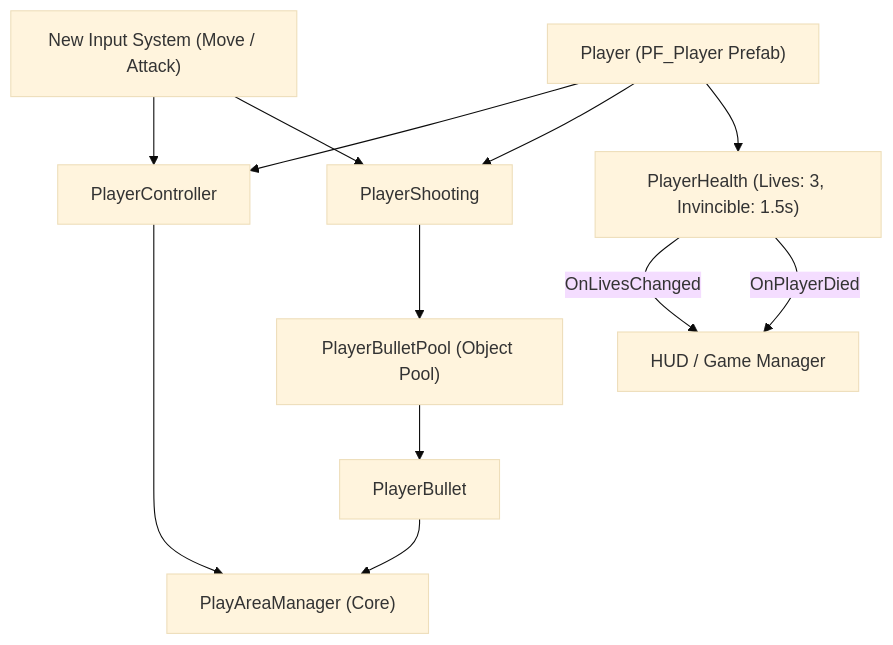
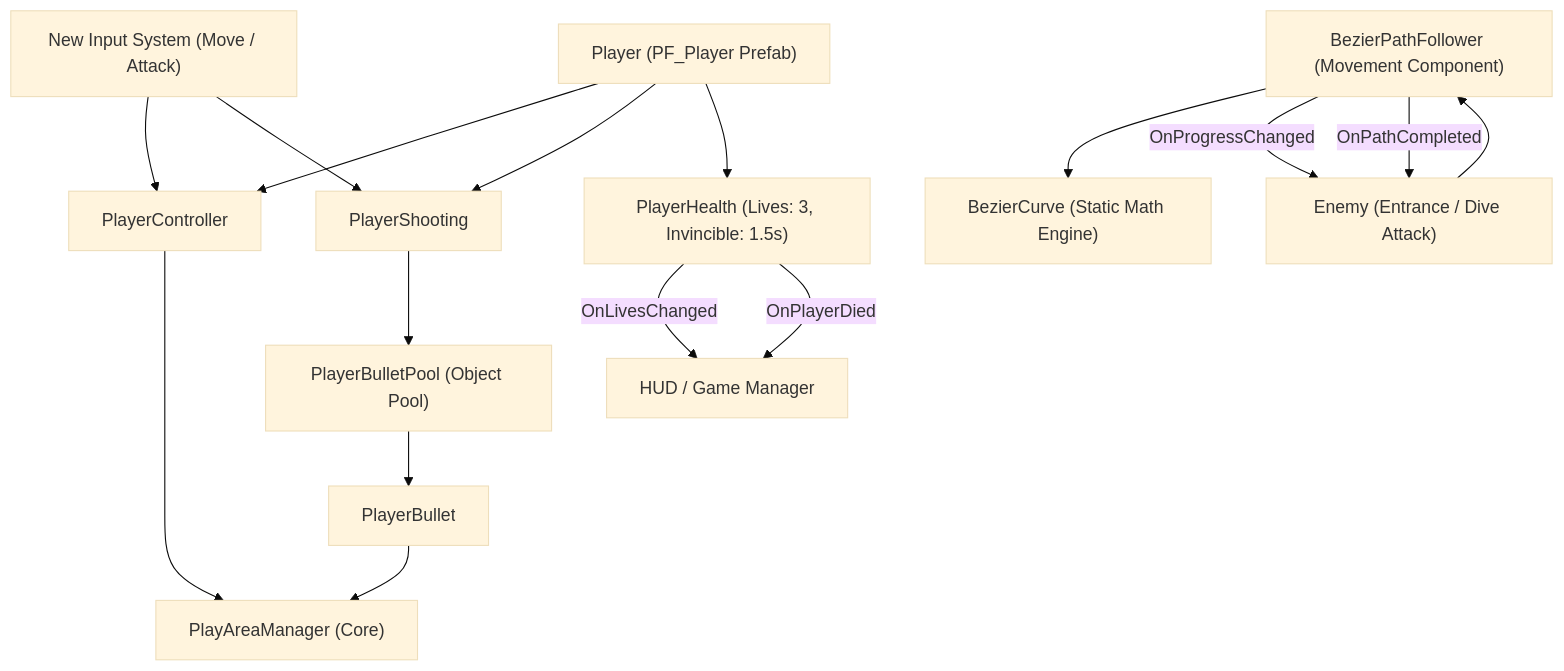
The diagram in docs/ARCHITECTURE.md (baewhv/Test_MCPv2), drawn with Mermaid (base theme) before and after one commit. The commit also changed other lines of this file and 15 other files, not shown here.

````diff
--- a/docs/ARCHITECTURE.md
+++ b/docs/ARCHITECTURE.md
@@ -57,26 +65,35 @@
 ```mermaid
 graph TD
     InputSystem["New Input System (Move / Attack)"]
     Player["Player (PF_Player Prefab)"]
     PlayerCtrl["PlayerController"]
     PlayerShoot["PlayerShooting"]
     PlayerHealth["PlayerHealth (Lives: 3, Invincible: 1.5s)"]
     BulletPool["PlayerBulletPool (Object Pool)"]
     Bullet["PlayerBullet"]
     PlayArea["PlayAreaManager (Core)"]
     HUD["HUD / Game Manager"]
+
+    BezierMath["BezierCurve (Static Math Engine)"]
+    PathFollower["BezierPathFollower (Movement Component)"]
+    Enemy["Enemy (Entrance / Dive Attack)"]
 
     InputSystem --> PlayerCtrl
     InputSystem --> PlayerShoot
     Player --> PlayerCtrl
     Player --> PlayerShoot
     Player --> PlayerHealth
 
     PlayerCtrl --> PlayArea
     PlayerShoot --> BulletPool
     BulletPool --> Bullet
     Bullet --> PlayArea
 
     PlayerHealth -->|OnLivesChanged| HUD
     PlayerHealth -->|OnPlayerDied| HUD
+
+    Enemy --> PathFollower
+    PathFollower --> BezierMath
+    PathFollower -->|OnProgressChanged| Enemy
+    PathFollower -->|OnPathCompleted| Enemy
 ```
````
